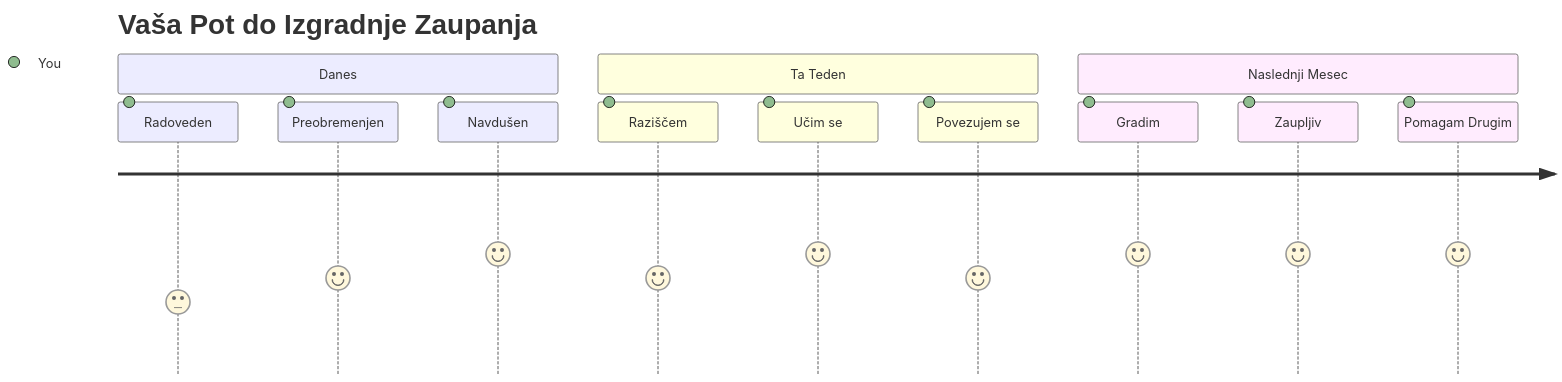
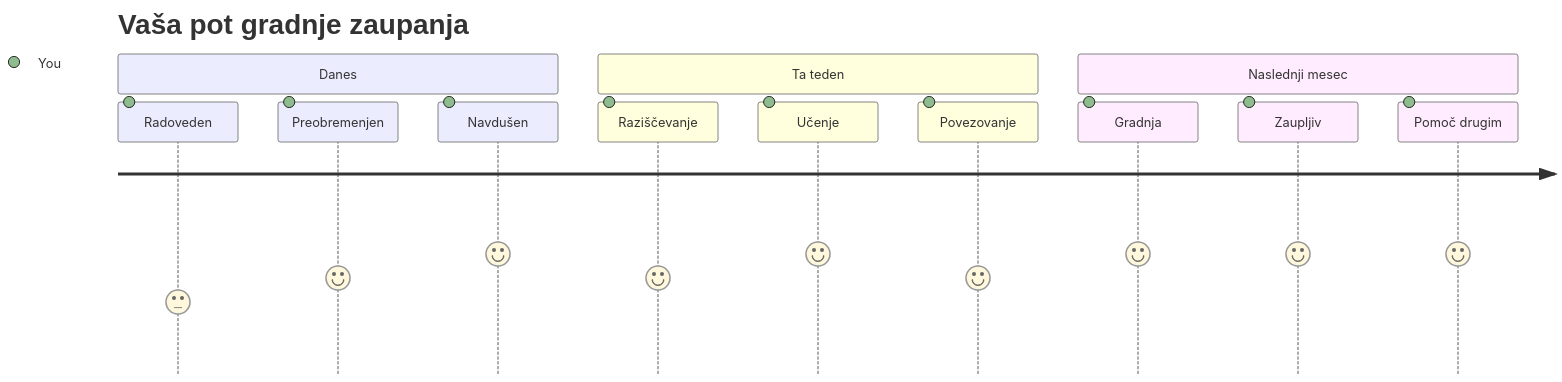
The seventh of 7 diagrams in translations/sl/1-getting-started-lessons/1-intro-to-programming-languages/README.md (microsoft/Web-Dev-For-Beginners), drawn with Mermaid before and after one commit. The commit also changed other lines of this file and 8 other files, not shown here.

````diff
--- a/translations/sl/1-getting-started-lessons/1-intro-to-programming-languages/README.md
+++ b/translations/sl/1-getting-started-lessons/1-intro-to-programming-languages/README.md
@@ -833,16 +831,16 @@
 ```mermaid
 journey
-    title Vaša Pot do Izgradnje Zaupanja
+    title Vaša pot gradnje zaupanja
     section Danes
       Radoveden: 3: You
       Preobremenjen: 4: You
       Navdušen: 5: You
-    section Ta Teden
-      Raziščem: 4: You
-      Učim se: 5: You
-      Povezujem se: 4: You
-    section Naslednji Mesec
-      Gradim: 5: You
+    section Ta teden
+      Raziščevanje: 4: You
+      Učenje: 5: You
+      Povezovanje: 4: You
+    section Naslednji mesec
+      Gradnja: 5: You
       Zaupljiv: 5: You
-      Pomagam Drugim: 5: You
+      Pomoč drugim: 5: You
 ```
````
